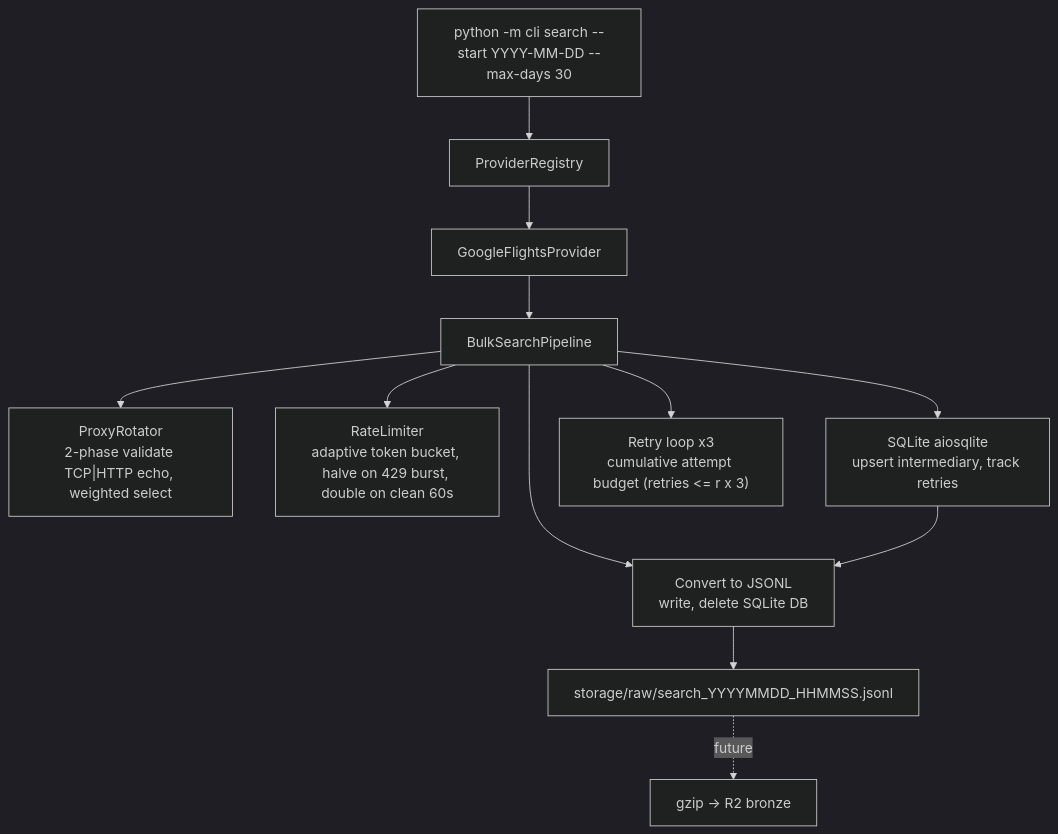
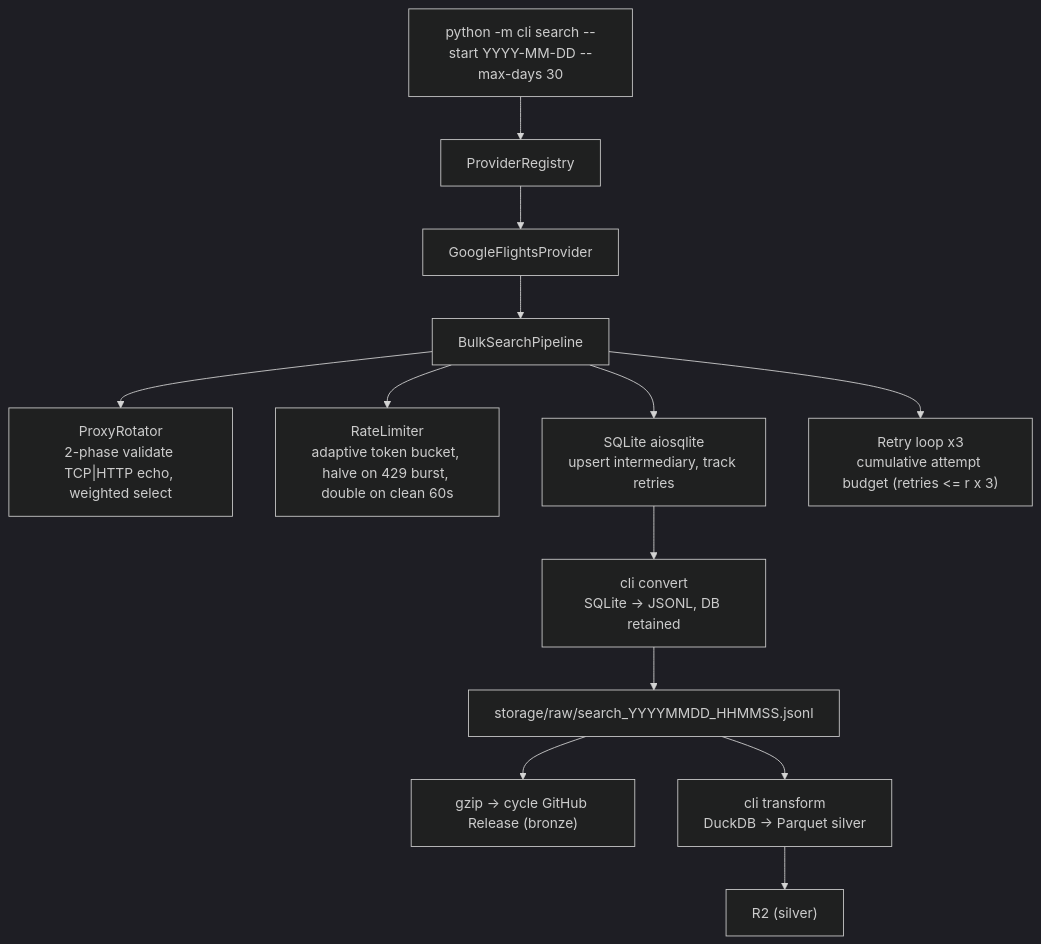
Before and after one commit to notlega/flight-price-observatory: the diagram in README.md, drawn with Mermaid (dark theme). The commit also changed other lines of this file and 19 other files, not shown here.

First line of the commit message:
feat: schedule collection, bronze release bundles, and Parquet silver tier

````diff
--- a/README.md
+++ b/README.md
@@ -46,19 +46,20 @@
 ```mermaid
 flowchart TD
     CLI["python -m cli search --start YYYY-MM-DD --max-days 30"]
     REG["ProviderRegistry"]
     PROV["GoogleFlightsProvider"]
     PIPE["BulkSearchPipeline"]
 
     CLI --> REG --> PROV --> PIPE
 
     PIPE --> ROT["ProxyRotator<br/>2-phase validate TCP|HTTP echo, weighted select"]
     PIPE --> RL["RateLimiter<br/>adaptive token bucket, halve on 429 burst, double on clean 60s"]
     PIPE --> SQL["SQLite aiosqlite<br/>upsert intermediary, track retries"]
     PIPE --> RETRY["Retry loop x3<br/>cumulative attempt budget (retries <= r x 3)"]
-    PIPE --> CONV["Convert to JSONL<br/>write, delete SQLite DB"]
+    SQL --> CONV["cli convert<br/>SQLite -> JSONL, DB retained"]
 
-    SQL --> CONV
     CONV --> OUT["storage/raw/search_YYYYMMDD_HHMMSS.jsonl"]
-    OUT -. future .-> R2["gzip -> R2 bronze"]
+    OUT --> GZ["gzip -> cycle GitHub Release (bronze)"]
+    OUT --> TF["cli transform<br/>DuckDB -> Parquet silver"]
+    TF --> R2["R2 (silver)"]
 ```
````
